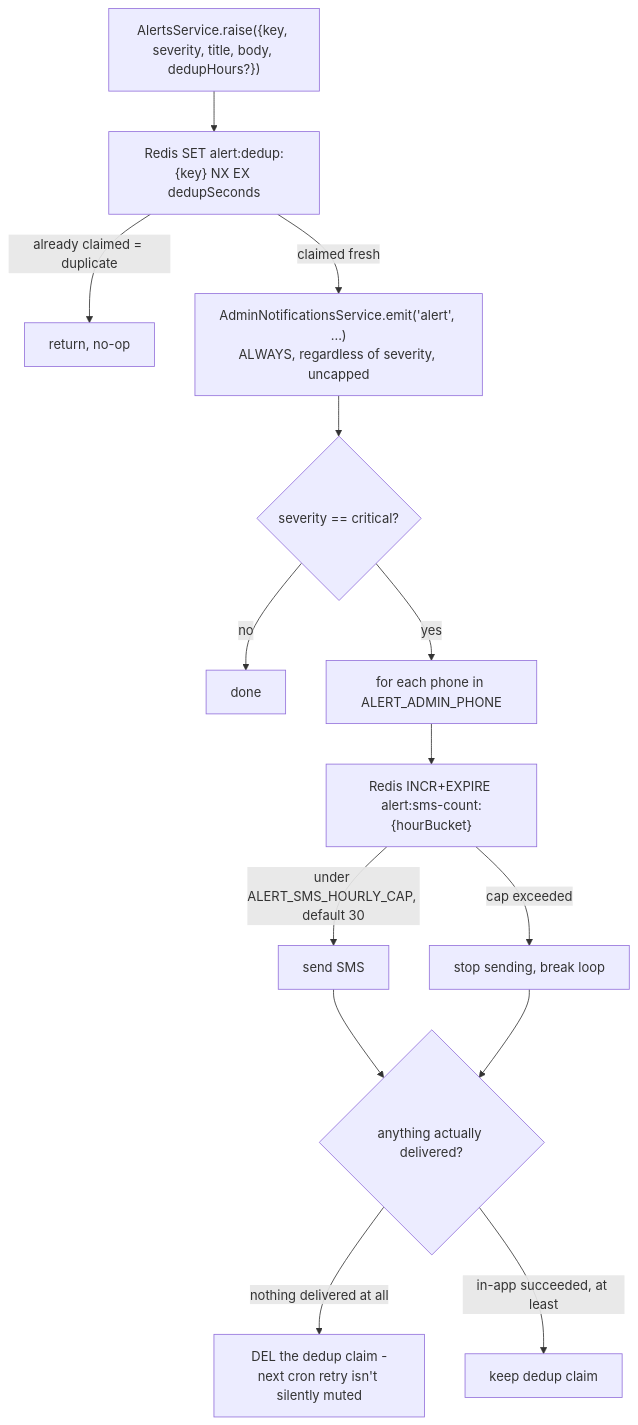
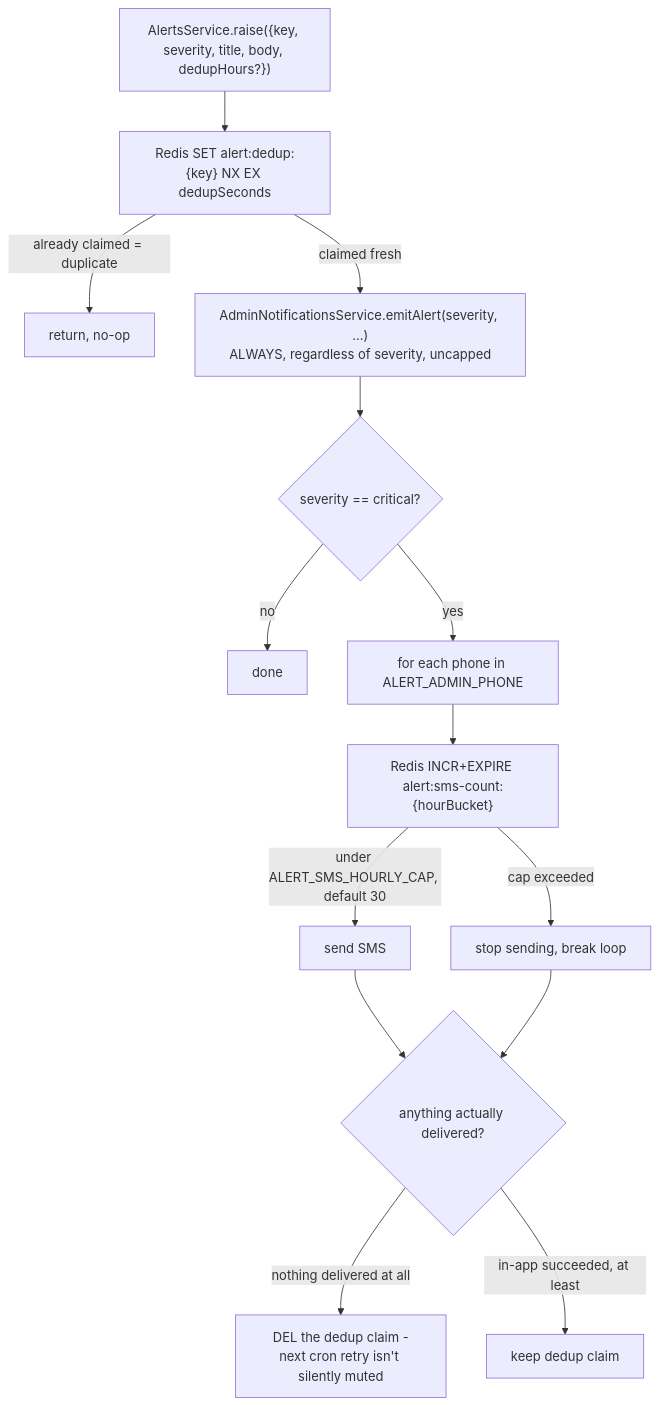
Before and after one commit to AmirHo3sein/gheychi: the second of 2 diagrams in docs/technical-overview/16-notifications.md, drawn with Mermaid. The commit also changed other lines of this file and 9 other files, not shown here.

````diff
--- a/docs/technical-overview/16-notifications.md
+++ b/docs/technical-overview/16-notifications.md
@@ -76,16 +78,16 @@
 ```mermaid
 flowchart TD
     A["AlertsService.raise({key, severity, title, body, dedupHours?})"] --> B["Redis SET alert:dedup:{key} NX EX dedupSeconds"]
     B -->|already claimed = duplicate| Z[return, no-op]
-    B -->|claimed fresh| C["AdminNotificationsService.emit('alert', ...)\nALWAYS, regardless of severity, uncapped"]
+    B -->|claimed fresh| C["AdminNotificationsService.emitAlert(severity, ...)\nALWAYS, regardless of severity, uncapped"]
     C --> D{severity == critical?}
     D -->|no| E[done]
     D -->|yes| F["for each phone in ALERT_ADMIN_PHONE"]
     F --> G["Redis INCR+EXPIRE alert:sms-count:{hourBucket}"]
     G -->|under ALERT_SMS_HOURLY_CAP, default 30| H[send SMS]
     G -->|cap exceeded| I["stop sending, break loop"]
     H --> J{anything actually delivered?}
     I --> J
     J -->|nothing delivered at all| K["DEL the dedup claim -\nnext cron retry isn't silently muted"]
     J -->|in-app succeeded, at least| L["keep dedup claim"]
 ```
````
